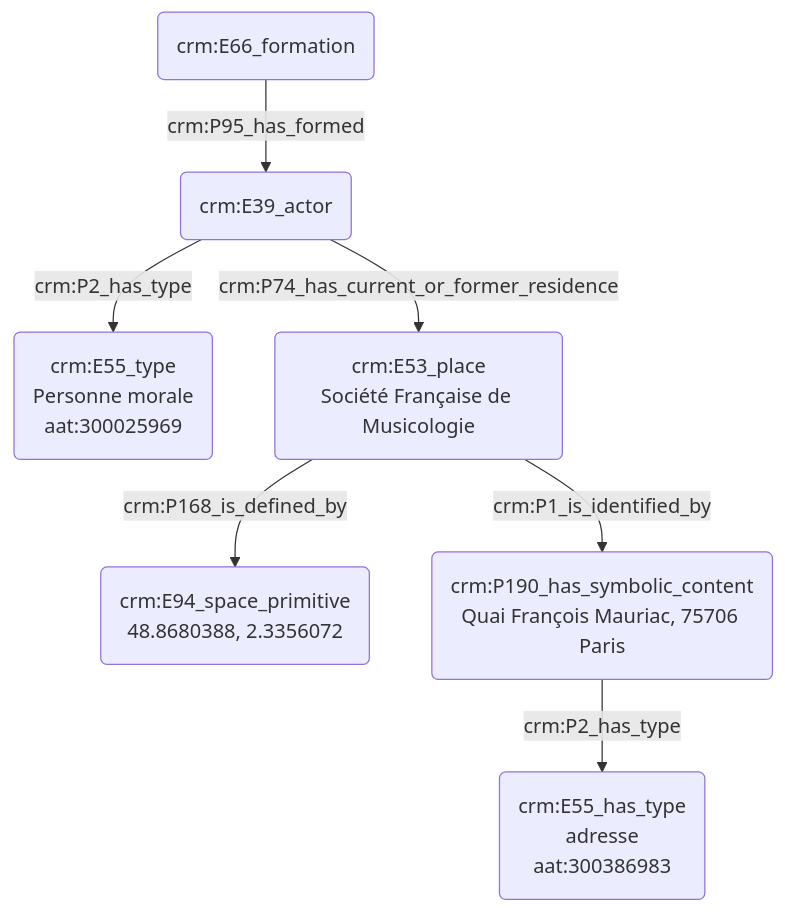
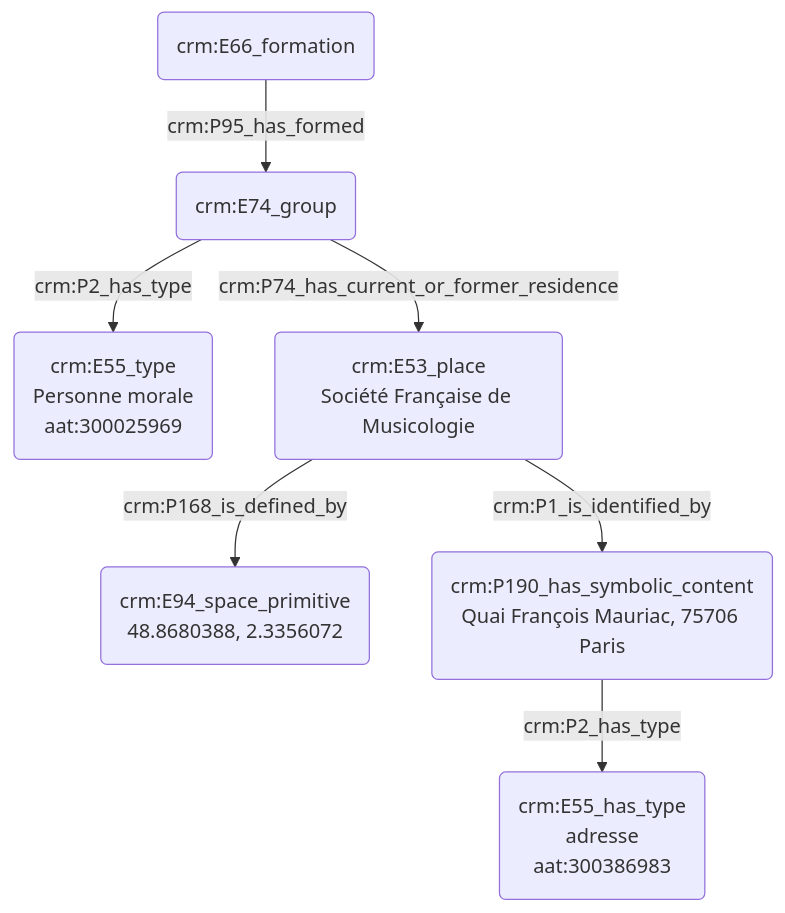
The diagram in modules/livrables/Dossier 2/Indexation conceptuelle/désignation d'une personne morale.md (Amleth/consortium-musica2-gt2-ontologies), drawn with Mermaid before and after one commit.

Commit message:
Update désignation d'une personne morale.md

````diff
--- a/modules/livrables/Dossier 2/Indexation conceptuelle/désignation d'une personne morale.md
+++ b/modules/livrables/Dossier 2/Indexation conceptuelle/désignation d'une personne morale.md
@@ -15,11 +15,11 @@
 ```mermaid
 graph TD;
 
 A(crm:E39_actor) --> |crm:P2_has_type| B(crm:E55_type<br>Personne morale<br>aat:300025969)
 C(crm:E66_formation) --> |crm:P95_has_formed| A(crm:E39_actor)
-A(crm:E39_actor) -->|crm:P74_has_current_or_former_residence| D(crm:E53_place<br>Société Française de Musicologie)
+A(crm:E74_group) -->|crm:P74_has_current_or_former_residence| D(crm:E53_place<br>Société Française de Musicologie)
 D(crm:E53_place<br>Société Française de Musicologie) --> |crm:P168_is_defined_by| E(crm:E94_space_primitive<br>48.8680388, 2.3356072)
 D(crm:E53_place<br>Société Française de Musicologie) --> |crm:P1_is_identified_by| F(crm:P190_has_symbolic_content<br>58 rue de Richelieu, 75002, Paris)
 F(crm:P190_has_symbolic_content<br>Quai François Mauriac, 75706 Paris) --> |crm:P2_has_type| G(crm:E55_has_type<br>adresse<br>aat:300386983)
 
 ```
````
